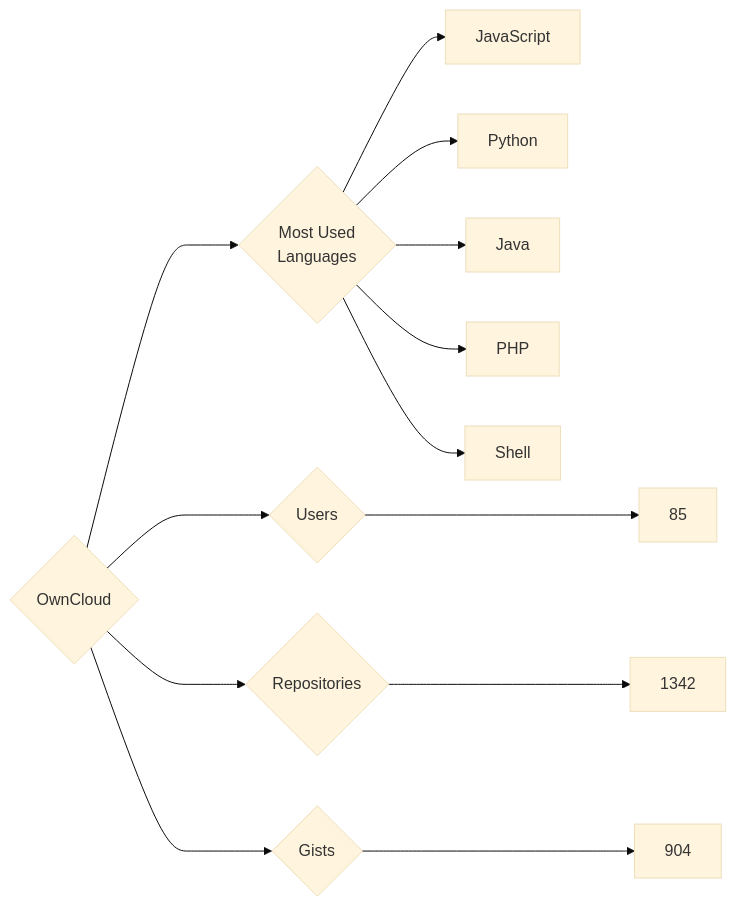
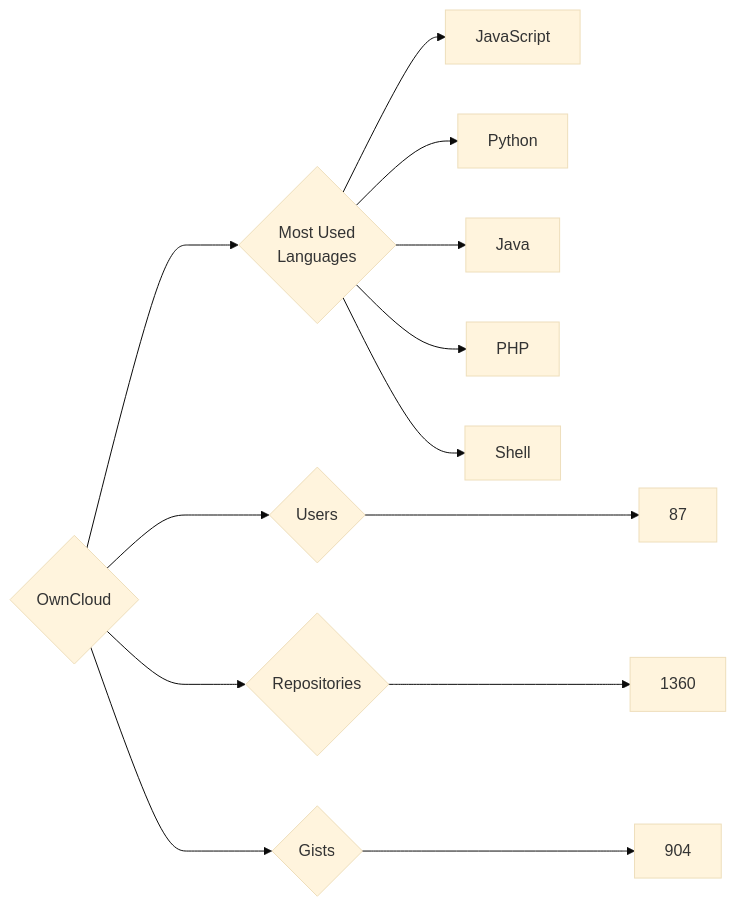
Before and after one commit to trickest/insiders: the diagram in targets/OwnCloud/README.md, drawn with Mermaid (base theme). The commit also changed 895 other files, not shown here.

````diff
--- a/targets/OwnCloud/README.md
+++ b/targets/OwnCloud/README.md
@@ -3,13 +3,13 @@
 ```mermaid
 graph LR
 COMPANY_NAME{OwnCloud}
-COMPANY_NAME ---> U{Users} ---> UN[85]
-COMPANY_NAME ---> R{Repositories} ---> RN[1342]
+COMPANY_NAME ---> U{Users} ---> UN[87]
+COMPANY_NAME ---> R{Repositories} ---> RN[1360]
 COMPANY_NAME ---> G{Gists} ---> GN[904]
 COMPANY_NAME ---> ML{Most Used<br>Languages}
 ML --> JavaScript[JavaScript]
 ML --> Python[Python]
 ML --> Java[Java]
 ML --> PHP[PHP]
 ML --> Shell[Shell]
 ```
````
